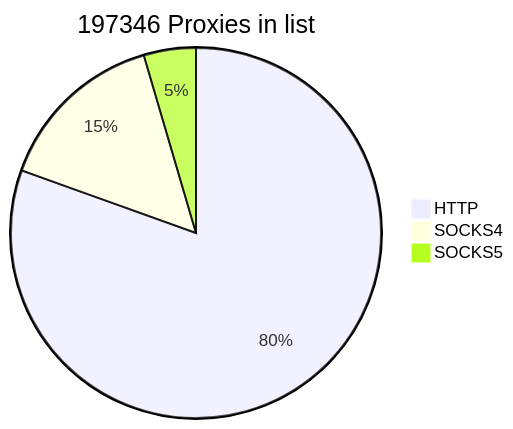
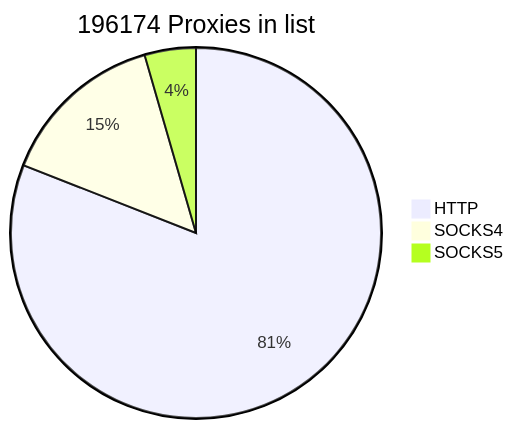
Before and after one commit to cutipu/proxylist: the first of 2 diagrams in README.md, drawn with Mermaid. The commit also changed other lines of this file, not shown here.

````diff
--- a/README.md
+++ b/README.md
@@ -2,7 +2,7 @@
 ```mermaid
-pie title 197346 Proxies in list
-    "HTTP" : 158838
-    "SOCKS4" : 29539
-    "SOCKS5" : 8969
+pie title 196174 Proxies in list
+    "HTTP" : 158816
+    "SOCKS4" : 28580
+    "SOCKS5" : 8778
             
 ```
````
